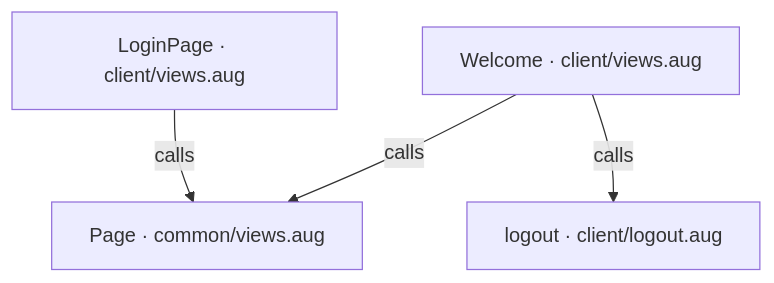
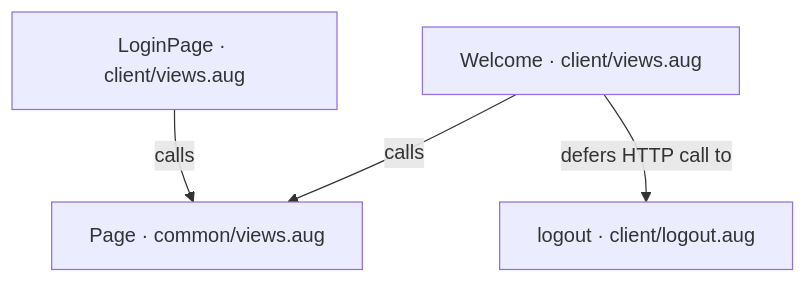
One commit to GreenPandaStudios/augscript changed the first of 3 diagrams in docs/examples/oidc-login/client/views-diagrams.md. Above: the diagram before and after it, drawn with Mermaid. The commit also changed other lines of this file and 289 other files, not shown here.

Commit message:
Correct diagram control flow and complete generated wiki navigation

````diff
--- a/docs/examples/oidc-login/client/views-diagrams.md
+++ b/docs/examples/oidc-login/client/views-diagrams.md
@@ -23,10 +23,10 @@
 ```mermaid
 flowchart TD
     n0["logout · client/logout.aug"]
     n1["LoginPage · client/views.aug"]
     n2["Welcome · client/views.aug"]
     n3["Page · common/views.aug"]
     n1 -->|"calls"| n3
-    n2 -->|"calls"| n0
+    n2 -->|"defers HTTP call to"| n0
     n2 -->|"calls"| n3
 ```
````
